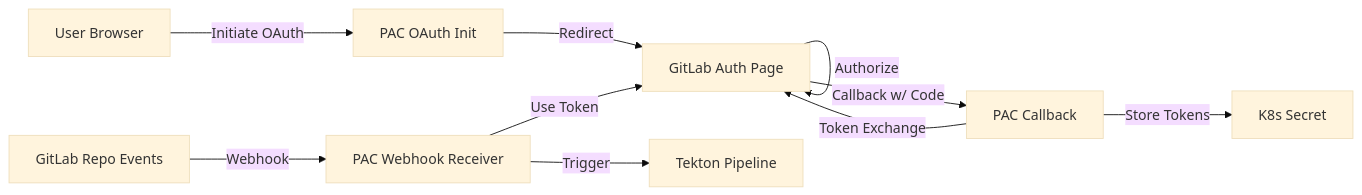
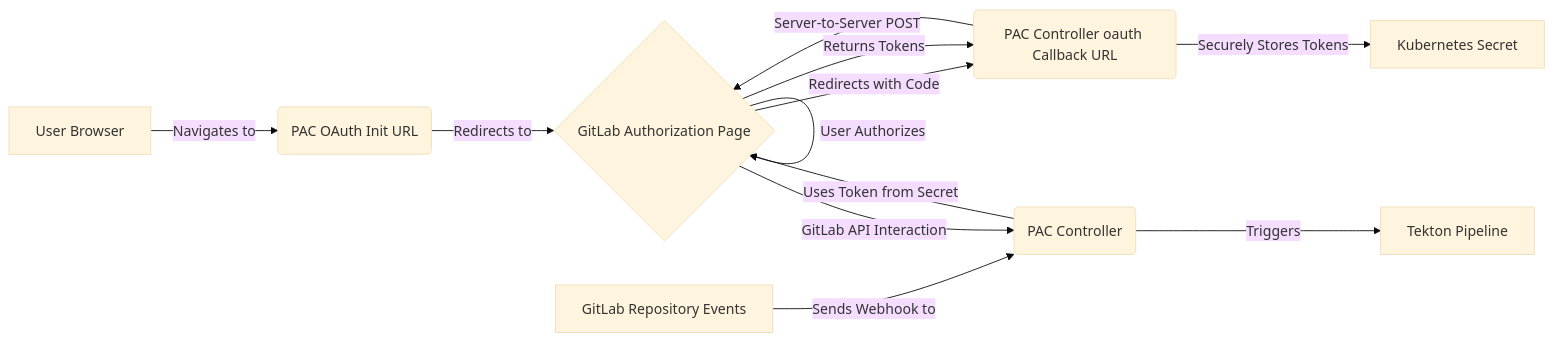
One commit to chmouel/pac-gitlab-oauth-poc changed the diagram in README.md. Above: the diagram before and after it, drawn with Mermaid (base theme).

````diff
--- a/README.md
+++ b/README.md
@@ -31,12 +31,14 @@
 ```mermaid
 graph LR
-  A[User Browser] -->|Initiate OAuth| B[PAC OAuth Init]
-  B -->|Redirect| C[GitLab Auth Page]
-  C -->|Authorize| C
-  C -->|Callback w/ Code| D[PAC Callback]
-  D -->|Token Exchange| C
-  D -->|Store Tokens| E[K8s Secret]
-  F[GitLab Repo Events] -->|Webhook| G[PAC Webhook Receiver]
-  G -->|Use Token| C
-  G -->|Trigger| H[Tekton Pipeline]
+    A[User Browser] -->|Navigates to| B(PAC OAuth Init URL);
+    B -->|Redirects to| C{GitLab Authorization Page};
+    C -->|User Authorizes| C;
+    C -->|Redirects with Code| D(PAC Controller oauth Callback URL);
+    D -->|Server-to-Server POST| C;
+    C -->|Returns Tokens| D;
+    D -->|Securely Stores Tokens| E[Kubernetes Secret];
+    F[GitLab Repository Events] -->|Sends Webhook to| G(PAC Controller);
+    G -->|Uses Token from Secret| C;
+    C -->|GitLab API Interaction| G;
+    G -->|Triggers| H[Tekton Pipeline];
 ```
````
